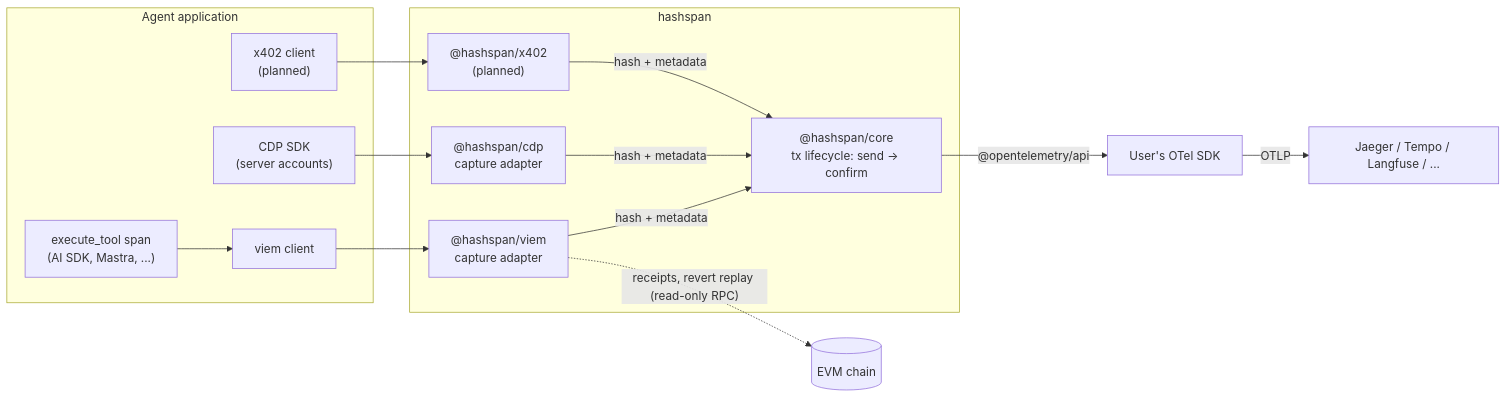
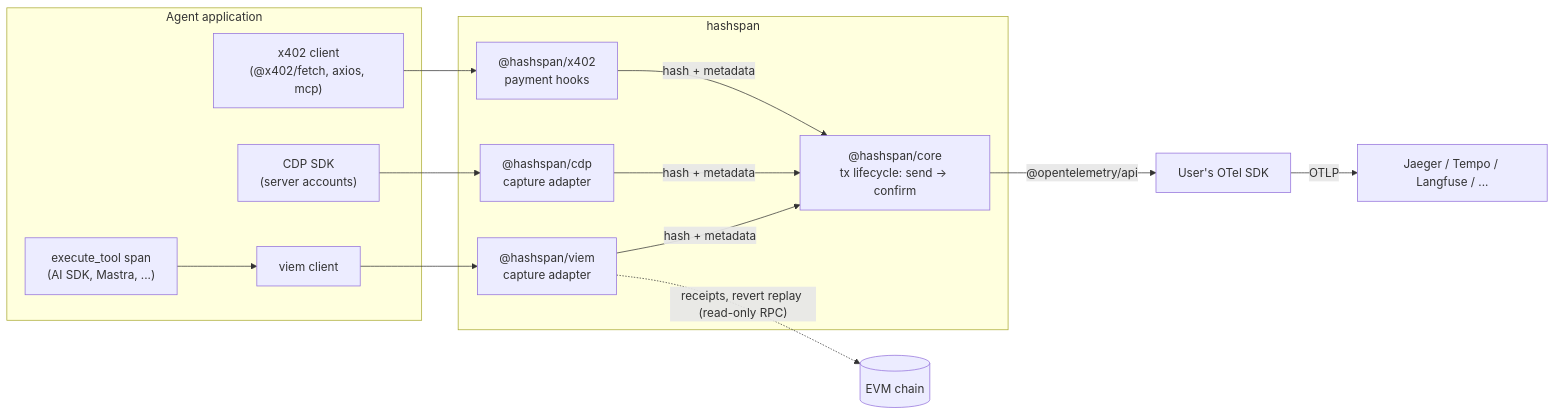
One commit to selimaytac/hashspan changed the diagram in docs/architecture.md. Above: the diagram before and after it, drawn with Mermaid. The commit also changed other lines of this file and 20 other files, not shown here.

````diff
--- a/docs/architecture.md
+++ b/docs/architecture.md
@@ -3,21 +3,21 @@
 ```mermaid
 flowchart LR
   subgraph App["Agent application"]
     Tool["execute_tool span<br/>(AI SDK, Mastra, ...)"]
     Viem["viem client"]
     CDP["CDP SDK<br/>(server accounts)"]
-    X402["x402 client<br/>(planned)"]
+    X402["x402 client<br/>(@x402/fetch, axios, mcp)"]
   end
   subgraph Lib["hashspan"]
     VA["@hashspan/viem<br/>capture adapter"]
     CA["@hashspan/cdp<br/>capture adapter"]
-    XA["@hashspan/x402<br/>(planned)"]
+    XA["@hashspan/x402<br/>payment hooks"]
     Core["@hashspan/core<br/>tx lifecycle: send → confirm"]
   end
   Tool --> Viem --> VA
   CDP --> CA
   X402 --> XA
   VA & CA & XA -- "hash + metadata" --> Core
   Core -- "@opentelemetry/api" --> SDK["User's OTel SDK"] -- OTLP --> BE["Jaeger / Tempo / Langfuse / ..."]
   VA -. "receipts, revert replay (read-only RPC)" .-> Chain[("EVM chain")]
 ```
````
